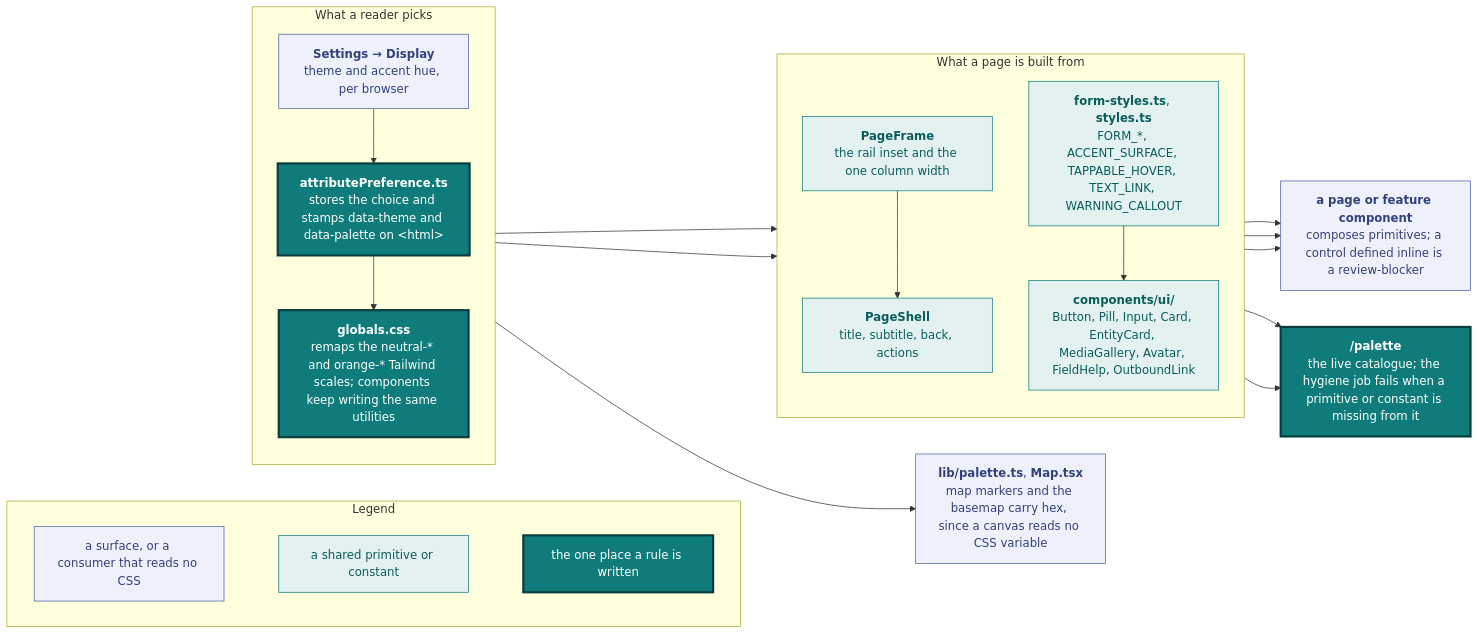
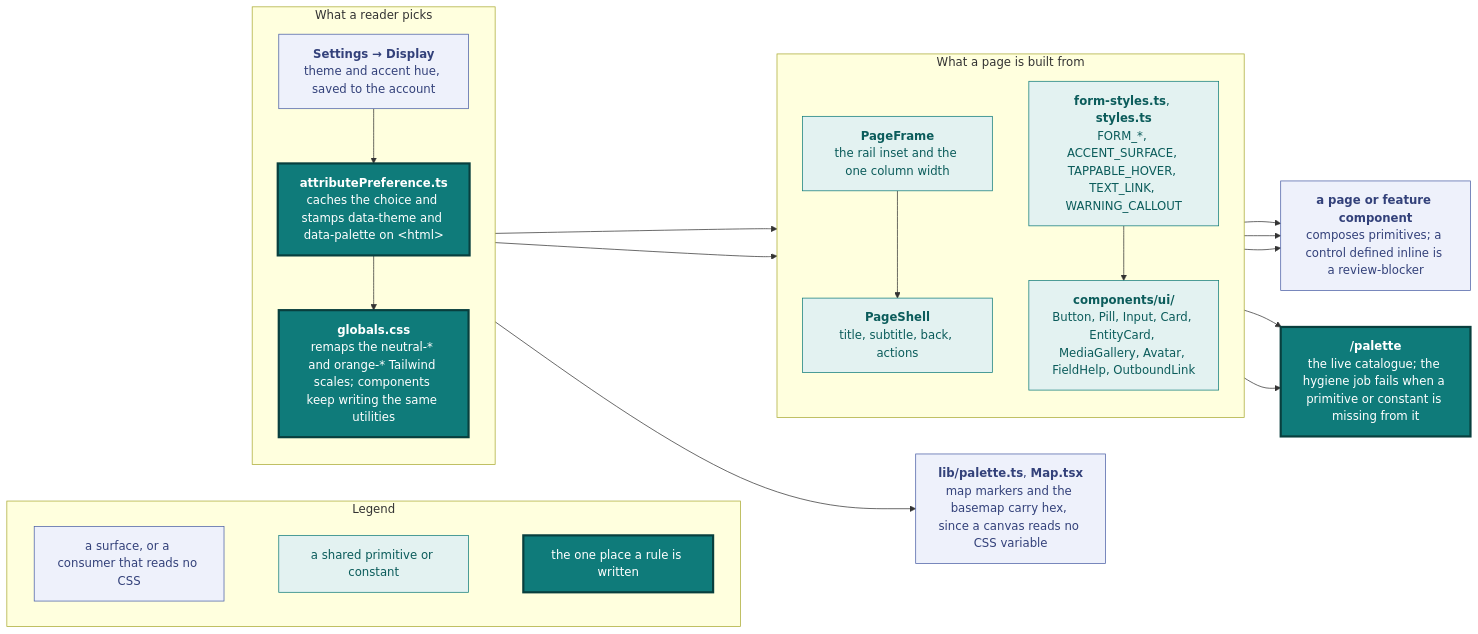
Before and after one commit to vidithq/vidit: the first of 5 diagrams in docs/design.md, drawn with Mermaid. The commit also changed other lines of this file and 45 other files, not shown here.

````diff
--- a/docs/design.md
+++ b/docs/design.md
@@ -5,56 +5,56 @@
 ```mermaid
 flowchart LR
   classDef spec fill:#eef1fb,stroke:#4a5fa5,color:#33417a
   classDef shared fill:#e3f2f1,stroke:#0f7b7a,color:#0b5c5b
   classDef core fill:#0f7b7a,stroke:#083f3e,stroke-width:3px,color:#ffffff
 
   subgraph legend [Legend]
     direction LR
     l1["`a surface, or a consumer that reads no CSS`"]:::spec
     l2["`a shared primitive or constant`"]:::shared
     l3["`the one place a rule is written`"]:::core
     l1 ~~~ l2 ~~~ l3
   end
 
   subgraph pref [What a reader picks]
     direction TB
     settings["`**Settings → Display**
-    theme and accent hue, per browser`"]:::spec
+    theme and accent hue, saved to the account`"]:::spec
     attr["`**attributePreference.ts**
-    stores the choice and stamps data-theme and data-palette on &lt;html&gt;`"]:::core
+    caches the choice and stamps data-theme and data-palette on &lt;html&gt;`"]:::core
     globals["`**globals.css**
     remaps the neutral-* and orange-* Tailwind scales; components keep writing the same utilities`"]:::core
     settings --> attr --> globals
   end
 
   canvas["`**lib/palette.ts**, **Map.tsx**
   map markers and the basemap carry hex, since a canvas reads no CSS variable`"]:::spec
 
   subgraph build [What a page is built from]
     direction TB
     frame["`**PageFrame**
     the rail inset and the one column width`"]:::shared
     shell["`**PageShell**
     title, subtitle, back, actions`"]:::shared
     prims["`**components/ui/**
     Button, Pill, Input, Card, EntityCard, MediaGallery, Avatar, FieldHelp, OutboundLink`"]:::shared
     consts["`**form-styles.ts**, **styles.ts**
     FORM_*, ACCENT_SURFACE, TAPPABLE_HOVER, TEXT_LINK, WARNING_CALLOUT`"]:::shared
     frame --> shell
     consts --> prims
   end
 
   page["`**a page or feature component**
   composes primitives; a control defined inline is a review-blocker`"]:::spec
   catalogue["`**/palette**
   the live catalogue; the hygiene job fails when a primitive or constant is missing from it`"]:::core
 
   globals --> prims
   globals --> consts
   attr --> canvas
   shell --> page
   prims --> page
   consts --> page
   prims --> catalogue
   consts --> catalogue
 ```
````
